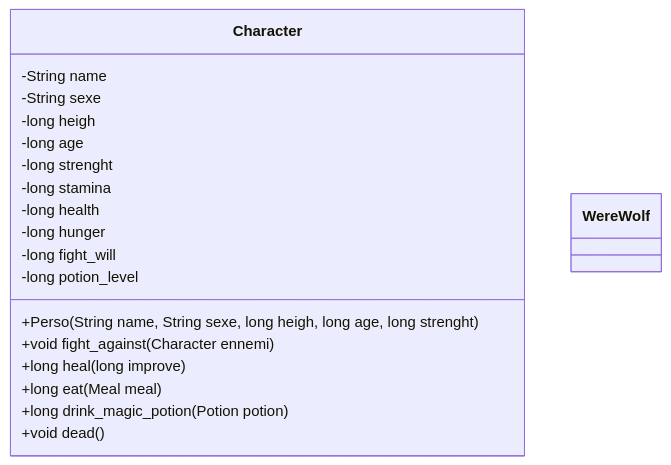
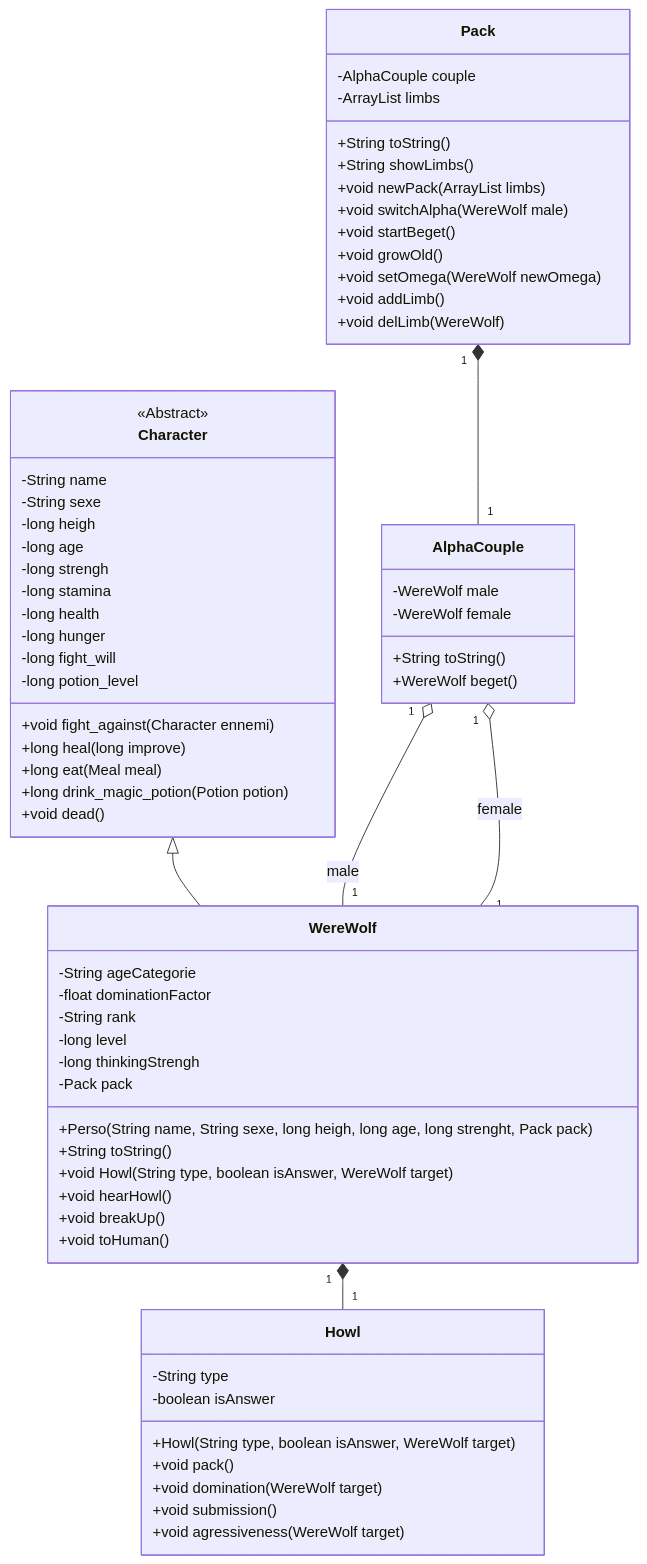
Before and after one commit to Gustin-MAILHE/R304_Projet_Qualite_Dev: the diagram in diag_character.md, drawn with Mermaid.

````diff
--- a/diag_character.md
+++ b/diag_character.md
@@ -3,25 +3,79 @@
 ```mermaid
-classDiagram
+ classDiagram
     class Character {
+        <<Abstract>>
+        
         -String name
         -String sexe
         -long heigh
         -long age
-        -long strenght
+        -long strengh
         -long stamina
         -long health
         -long hunger
         -long fight_will
         -long potion_level
 
-        +Perso(String name, String sexe, long heigh, long age, long strenght)
         +void fight_against(Character ennemi)
         +long heal(long improve)
         +long eat(Meal meal)
         +long drink_magic_potion(Potion potion)
         +void dead()
     }
 
     class WereWolf {
+        -String ageCategorie
+        -float dominationFactor
+        -String rank
+        -long level
+        -long thinkingStrengh
+        -Pack pack
+
+        +Perso(String name, String sexe, long heigh, long age, long strenght, Pack pack)
+        +String toString()
+        +void Howl(String type, boolean isAnswer, WereWolf target)
+        +void hearHowl()
+        +void breakUp()
+        +void toHuman()
     }
+    Character <|-- WereWolf
+
+
+    class AlphaCouple {
+        -WereWolf male
+        -WereWolf female
+
+        +String toString()
+        +WereWolf beget()
+    }
+    AlphaCouple "1" o-- "1" WereWolf : male
+    AlphaCouple "1" o-- "1" WereWolf : female
+
+    class Pack {
+        -AlphaCouple couple 
+        -ArrayList<WereWolf> limbs
+        
+        +String toString()
+        +String showLimbs()
+        +void newPack(ArrayList<WereWolf> limbs)
+        +void switchAlpha(WereWolf male)
+        +void startBeget()
+        +void growOld()
+        +void setOmega(WereWolf newOmega)
+        +void addLimb()
+        +void delLimb(WereWolf)
+    }
+    Pack "1" *-- "1" AlphaCouple
+
+    class Howl {
+        -String type
+        -boolean isAnswer
+
+        +Howl(String type, boolean isAnswer, WereWolf target)
+        +void pack()
+        +void domination(WereWolf target)
+        +void submission()
+        +void agressiveness(WereWolf target)
+    }
+    WereWolf "1" *-- "1" Howl
 ```
````
